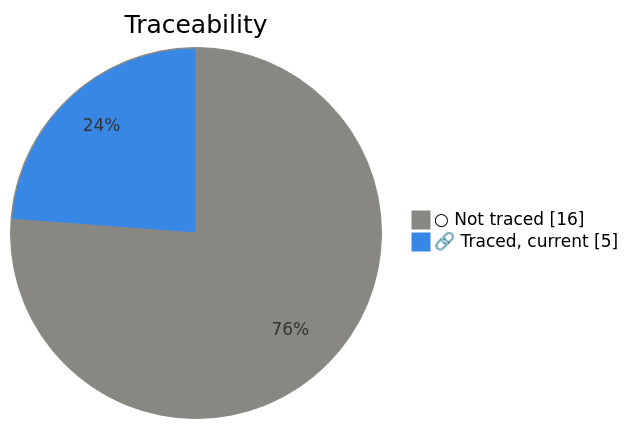
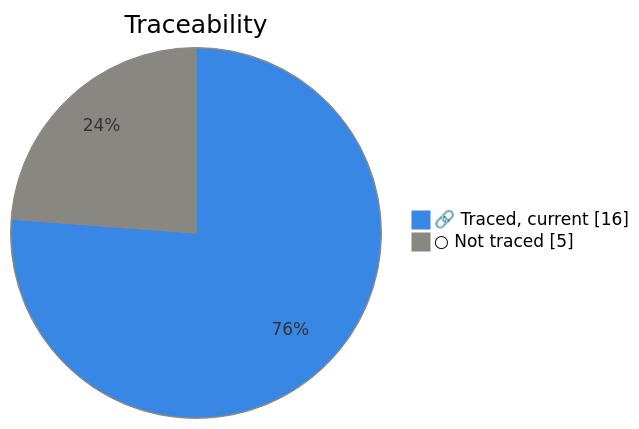
Before and after one commit to Top-Q/playwright-typescript: the third of 4 diagrams in specs/product/vault/Dashboard.md, drawn with Mermaid. The commit also changed other lines of this file and 31 other files, not shown here.

````diff
--- a/specs/product/vault/Dashboard.md
+++ b/specs/product/vault/Dashboard.md
@@ -54,6 +55,6 @@
 ```mermaid
-%%{init: {"themeVariables":{"pie1":"#898781","pie2":"#3987e5","pieOpacity":"1","pieStrokeColor":"#898781","pieStrokeWidth":"1px","pieOuterStrokeColor":"#898781","pieOuterStrokeWidth":"1px"}}}%%
+%%{init: {"themeVariables":{"pie1":"#3987e5","pie2":"#898781","pieOpacity":"1","pieStrokeColor":"#898781","pieStrokeWidth":"1px","pieOuterStrokeColor":"#898781","pieOuterStrokeWidth":"1px"}}}%%
 pie showData title Traceability
-    "○ Not traced" : 16
-    "🔗 Traced, current" : 5
+    "🔗 Traced, current" : 16
+    "○ Not traced" : 5
 ```
````
